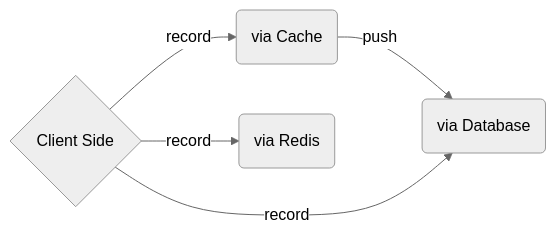
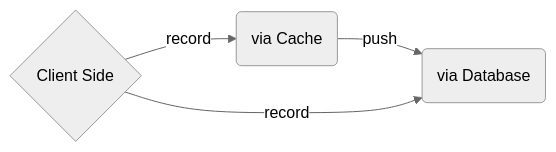
Before and after one commit to ami-hp/laravel-eye: the first of 2 diagrams in Docs.md, drawn with Mermaid (neutral theme). The commit also changed other lines of this file and 2 other files, not shown here.

Commit message:
viaExpert is deprecated. viaOnly has been changed to via.

````diff
--- a/Docs.md
+++ b/Docs.md
@@ -23,7 +23,7 @@
 ```mermaid
 graph LR
 A{Client Side} -- record --> B(via Cache)
-A  -- record --> C(via Redis)
+
 B  -- push --> D(via Database)
 A  -- record --> D
 ```
````
